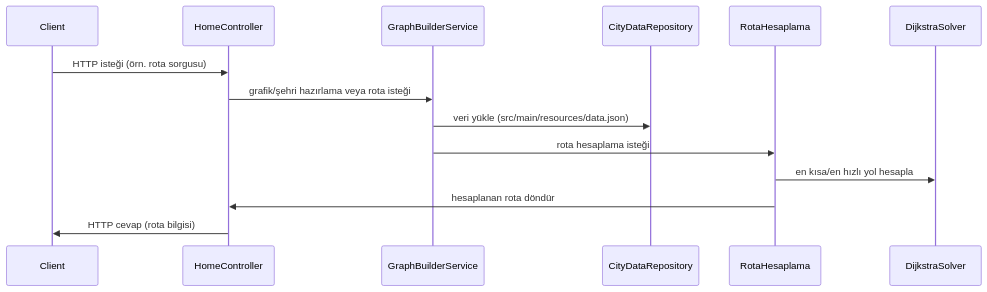
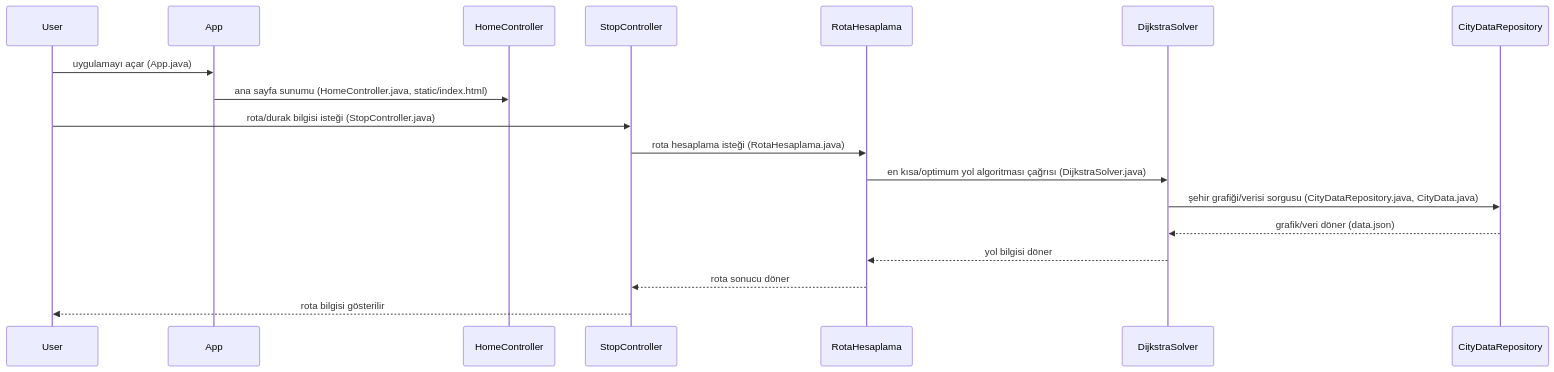
Before and after one commit to YusuffBulbul/Izmit_sehir_ici_ulasim: the fourth of 4 diagrams in README_ARCH.md, drawn with Mermaid. The commit also changed other lines of this file, not shown here.

Commit message:
docs: update architecture blueprint and code review (2026-09-07)

````diff
--- a/README_ARCH.md
+++ b/README_ARCH.md
@@ -80,11 +208,21 @@
 ```mermaid
 sequenceDiagram
-Client->>HomeController: HTTP isteği (örn. rota sorgusu)
-HomeController->>GraphBuilderService: grafik/şehri hazırlama veya rota isteği
-GraphBuilderService->>CityDataRepository: veri yükle (src/main/resources/data.json)
-GraphBuilderService->>RotaHesaplama: rota hesaplama isteği
-RotaHesaplama->>DijkstraSolver: en kısa/en hızlı yol hesapla
-RotaHesaplama->>HomeController: hesaplanan rota döndür
-HomeController->>Client: HTTP cevap (rota bilgisi)
+participant User
+participant App
+participant HomeController
+participant StopController
+participant RotaHesaplama
+participant DijkstraSolver
+participant CityDataRepository
+User->>App: uygulamayı açar (App.java)
+App->>HomeController: ana sayfa sunumu (HomeController.java, static/index.html)
+User->>StopController: rota/durak bilgisi isteği (StopController.java)
+StopController->>RotaHesaplama: rota hesaplama isteği (RotaHesaplama.java)
+RotaHesaplama->>DijkstraSolver: en kısa/optimum yol algoritması çağrısı (DijkstraSolver.java)
+DijkstraSolver->>CityDataRepository: şehir grafiği/verisi sorgusu (CityDataRepository.java, CityData.java)
+CityDataRepository-->>DijkstraSolver: grafik/veri döner (data.json)
+DijkstraSolver-->>RotaHesaplama: yol bilgisi döner
+RotaHesaplama-->>StopController: rota sonucu döner
+StopController-->>User: rota bilgisi gösterilir
 
 ```
````
